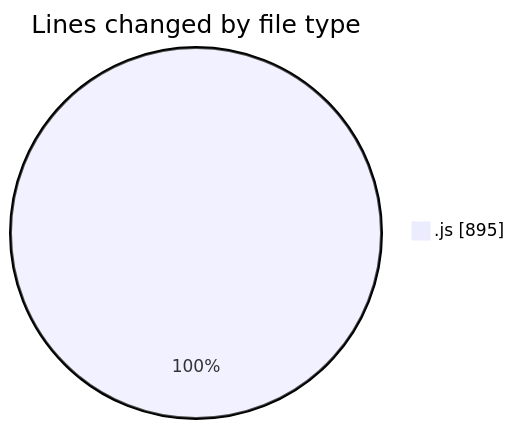
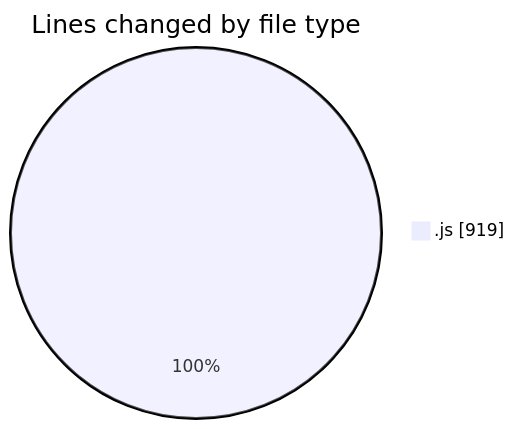
Before and after one commit to nxtqubesakshisongat/code-tracking: the first of 2 diagrams in 2025-07-23/nxtqube_webapp/README.md, drawn with Mermaid. The commit also changed other lines of this file and 1 other file, not shown here.

````diff
--- a/2025-07-23/nxtqube_webapp/README.md
+++ b/2025-07-23/nxtqube_webapp/README.md
@@ -20,5 +20,5 @@
 ```mermaid
 pie showData
 title Lines changed by file type
-".js" : 895
+".js" : 919
 ```
````
